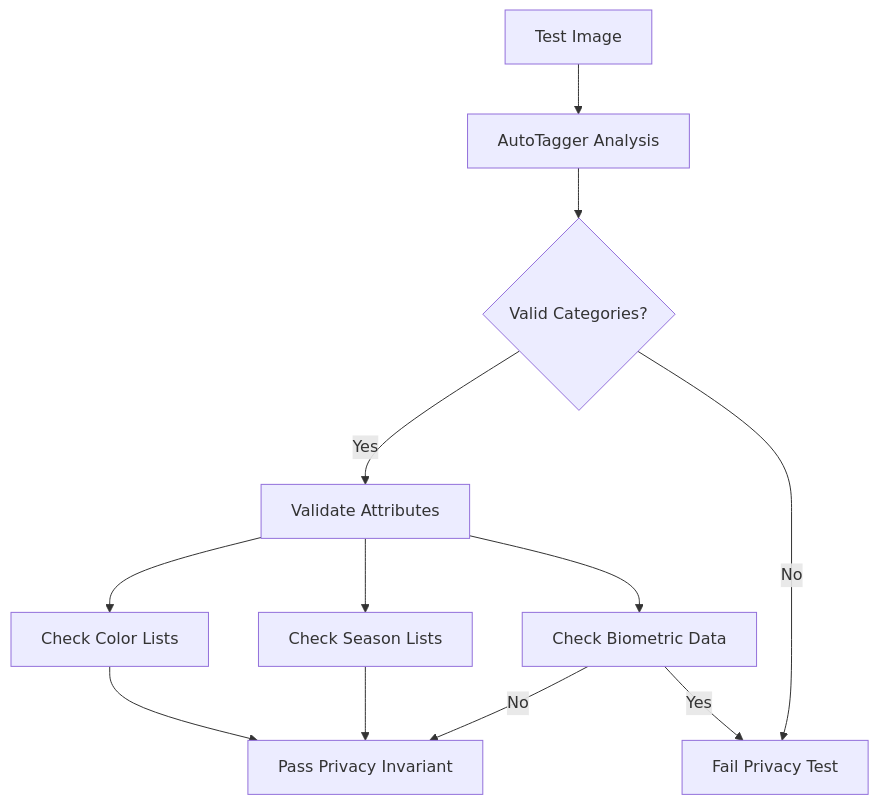
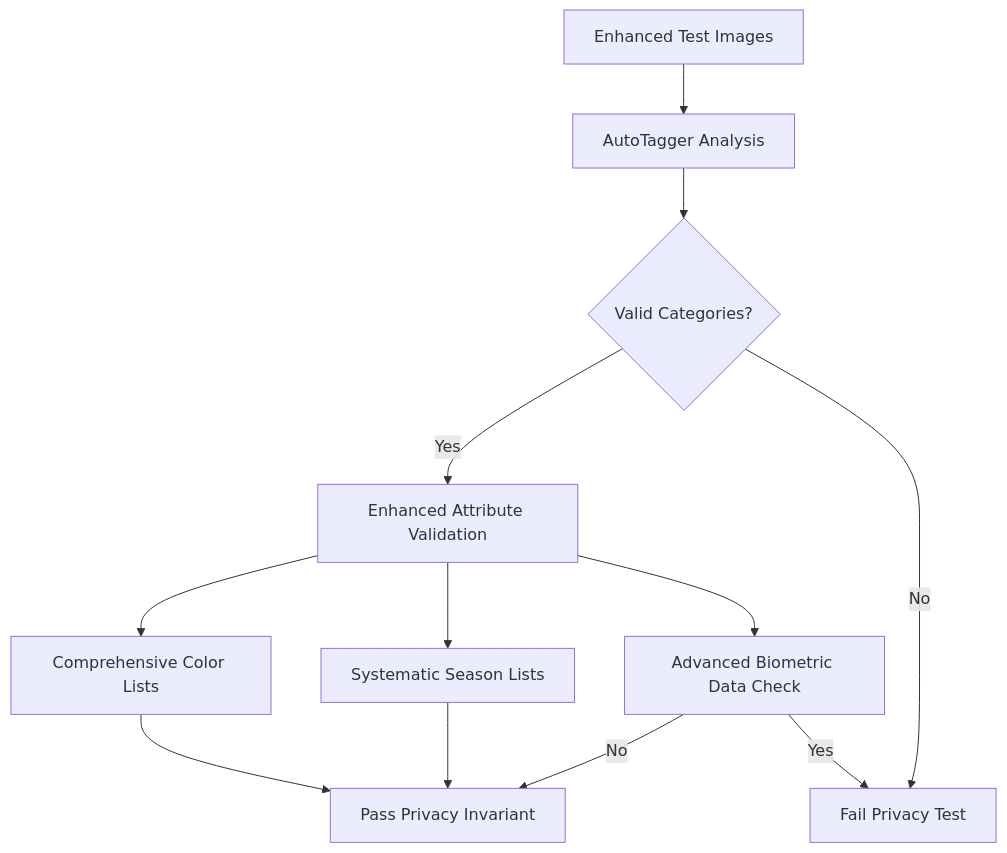
Before and after one commit to JAaron93/StyleSync: the ninth of 13 diagrams in .qoder/repowiki/en/content/Testing Strategy.md, drawn with Mermaid. The commit also changed other lines of this file and 36 other files, not shown here.

````diff
--- a/.qoder/repowiki/en/content/Testing Strategy.md
+++ b/.qoder/repowiki/en/content/Testing Strategy.md
@@ -367,14 +417,14 @@
 ```mermaid
 flowchart TD
-Input["Test Image"] --> Analyze["AutoTagger Analysis"]
+Input["Enhanced Test Images"] --> Analyze["AutoTagger Analysis"]
 Analyze --> ValidateCategories{"Valid Categories?"}
-ValidateCategories --> |Yes| ValidateAttributes["Validate Attributes"]
+ValidateCategories --> |Yes| ValidateAttributes["Enhanced Attribute Validation"]
 ValidateCategories --> |No| Fail["Fail Privacy Test"]
-ValidateAttributes --> ValidateColors["Check Color Lists"]
-ValidateAttributes --> ValidateSeasons["Check Season Lists"]
-ValidateAttributes --> ValidateBiometrics["Check Biometric Data"]
+ValidateAttributes --> ValidateColors["Comprehensive Color Lists"]
+ValidateAttributes --> ValidateSeasons["Systematic Season Lists"]
+ValidateAttributes --> ValidateBiometrics["Advanced Biometric Data Check"]
 ValidateColors --> Pass["Pass Privacy Invariant"]
 ValidateSeasons --> Pass
 ValidateBiometrics --> |No| Pass
 ValidateBiometrics --> |Yes| Fail
 ```
````
